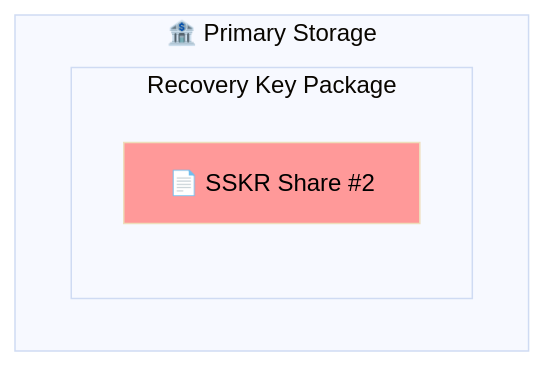
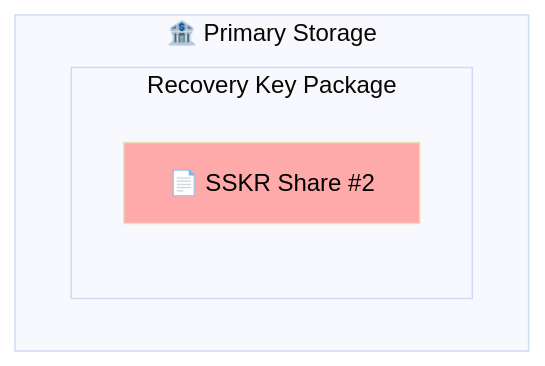
Diagram 16 of 27 in Docs/Scenario-Multisig.md (BlockchainCommons/SmartCustody), drawn with Mermaid (base theme) before and after one commit. The commit also changed other lines of this file, not shown here.

````diff
--- a/Docs/Scenario-Multisig.md
+++ b/Docs/Scenario-Multisig.md
@@ -568,9 +568,9 @@
     ```mermaid
     graph TD
     subgraph primary["🏦 Primary Storage"]
       subgraph "Recovery Key Package"
       C["📄 SSKR Share #2"]
       end
     end
-    style C color:#000,fill:#ff9999;
+    style C color:#000,fill:#ffaaaa;
     ```
````
